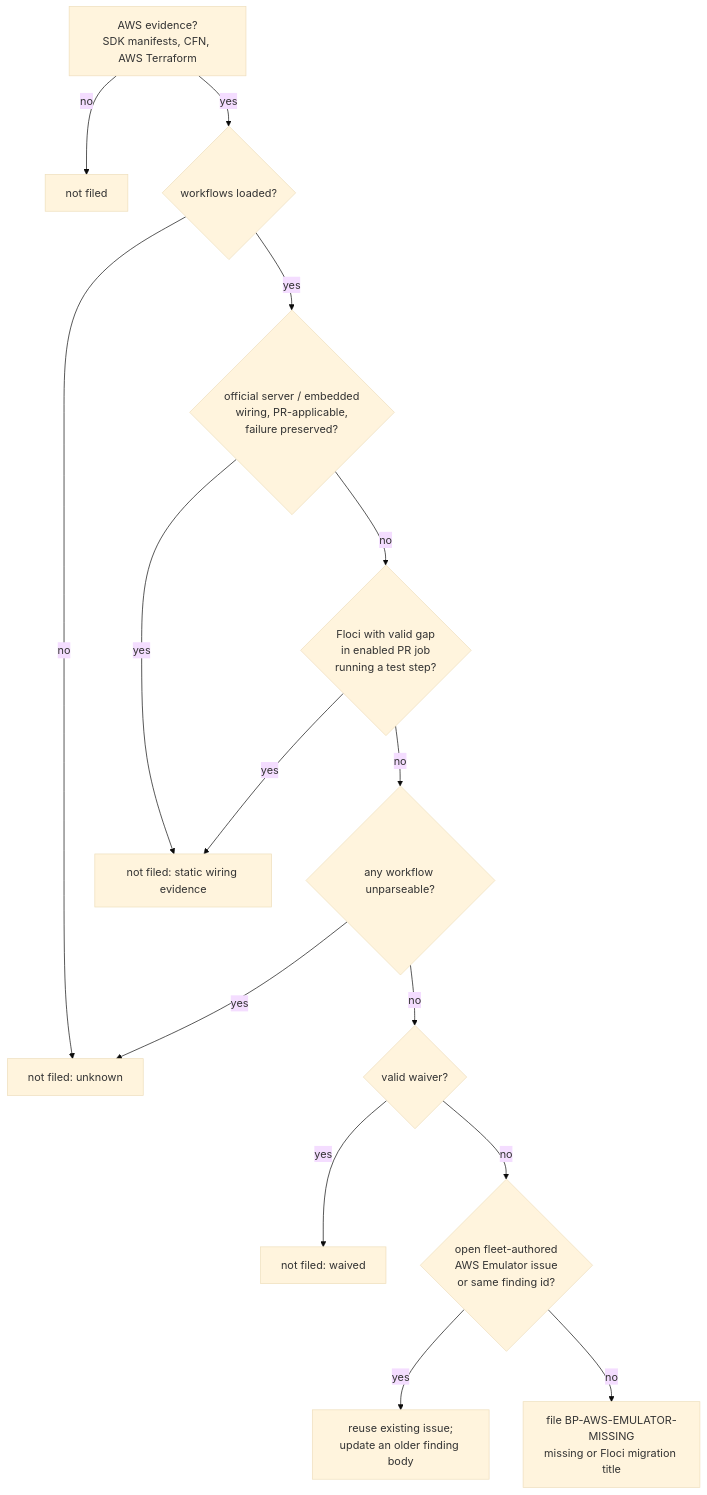
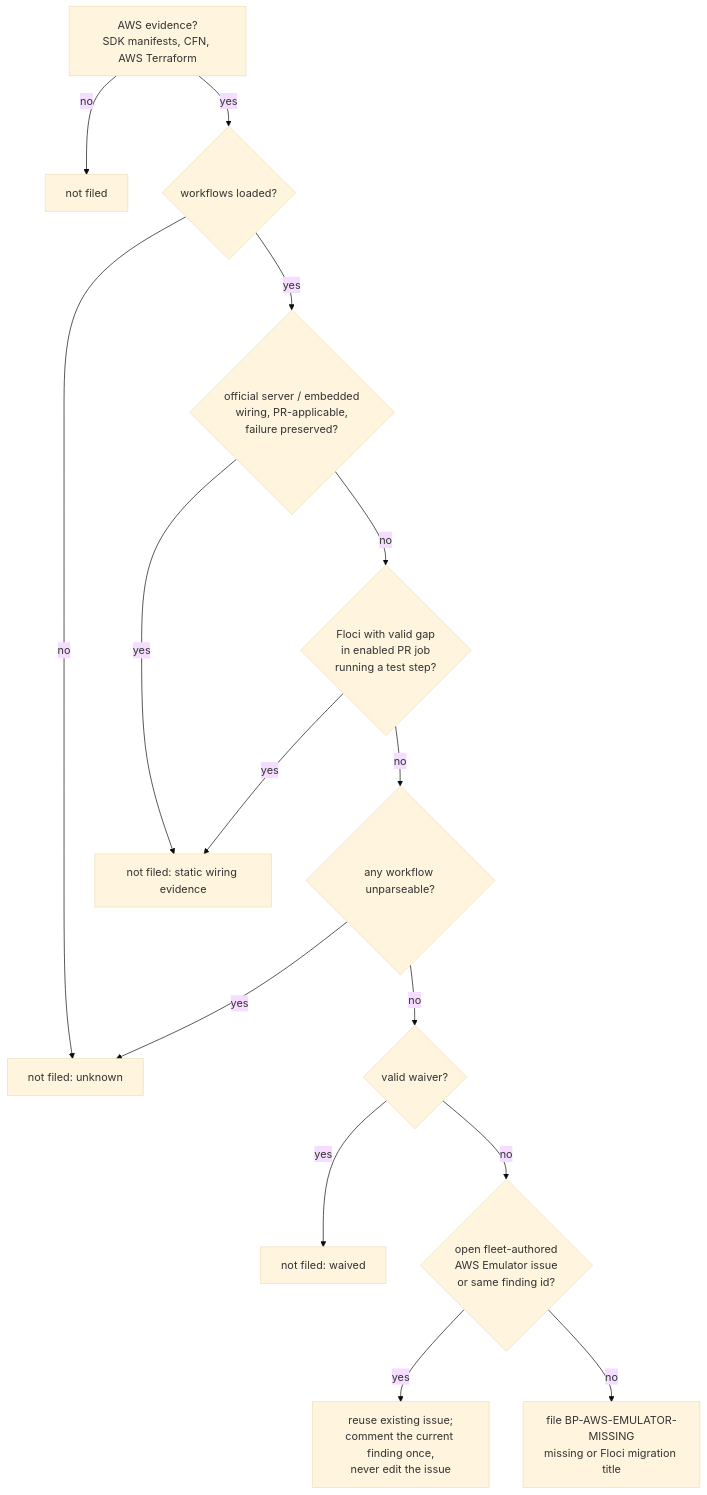
One commit to stSoftwareAU/VibeCoder changed the diagram in docs/archive/pr-summaries/pr-summary-5112.md. Above: the diagram before and after it, drawn with Mermaid (base theme). The commit also changed other lines of this file and 5 other files, not shown here.

````diff
--- a/docs/archive/pr-summaries/pr-summary-5112.md
+++ b/docs/archive/pr-summaries/pr-summary-5112.md
@@ -86,17 +86,17 @@
 ```mermaid
 flowchart TD
     A[AWS evidence?<br/>SDK manifests, CFN, AWS Terraform] -- no --> N0[not filed]
     A -- yes --> W{workflows loaded?}
     W -- no --> N1[not filed: unknown]
     W -- yes --> C{official server / embedded<br/>wiring, PR-applicable,<br/>failure preserved?}
     C -- yes --> N2[not filed: static wiring evidence]
     C -- no --> G{Floci with valid gap<br/>in enabled PR job<br/>running a test step?}
     G -- yes --> N2
     G -- no --> U{any workflow unparseable?}
     U -- yes --> N1
     U -- no --> V{valid waiver?}
     V -- yes --> N3[not filed: waived]
     V -- no --> E{open fleet-authored<br/>AWS Emulator issue<br/>or same finding id?}
-    E -- yes --> N4[reuse existing issue;<br/>update an older finding body]
+    E -- yes --> N4[reuse existing issue;<br/>comment the current finding once,<br/>never edit the issue]
     E -- no --> F[file BP-AWS-EMULATOR-MISSING<br/>missing or Floci migration title]
 ```
````
